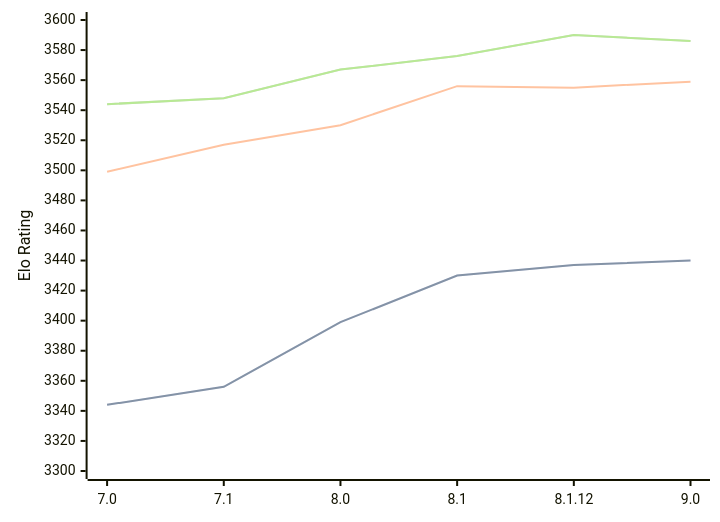
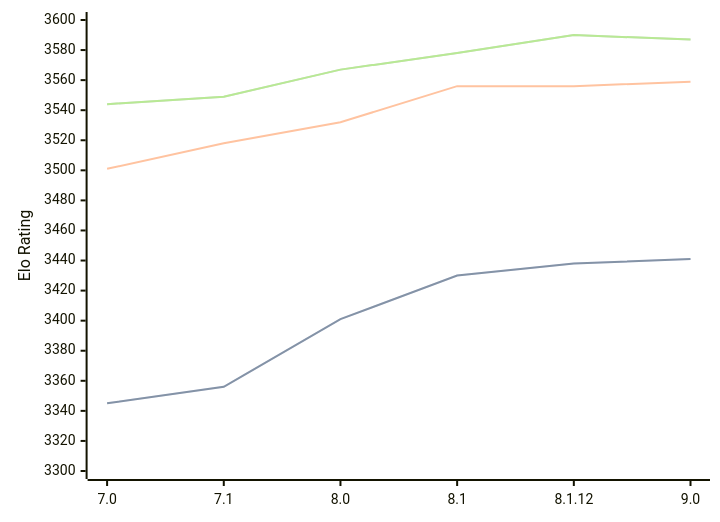
One commit to computer-chess-index/cci changed the diagram in engines/Alexandria.md. Above: the diagram before and after it, drawn with Mermaid. The commit also changed other lines of this file, not shown here.

Commit message:
Update CCI Ratings (ELO VLTC) - 2026-09-27

````diff
--- a/engines/Alexandria.md
+++ b/engines/Alexandria.md
@@ -36,11 +36,11 @@
 ```mermaid
 %%{init: {"theme":"base","themeVariables":{"seriesColors:['#a3a3a3','#222221','#faa371']}}}%%
 xychart-beta
   x-axis ["7.0", "7.1", "8.0", "8.1", "8.1.12", "9.0"]
   y-axis "Elo Rating" 3300 --> 3600
-  line "" [3344, 3356, 3399, 3430, 3437, 3440]
-  line "STC (8.0+0.08s)" [3344, 3356, 3399, 3430, 3437, 3440]
-  line "LTC (60.0+0.60s)" [3499, 3517, 3530, 3556, 3555, 3559]
-  line "" [3544, 3548, 3567, 3576, 3590, 3586]
-  line "VLTC (2m24s+1.12s)" [3544, 3548, 3567, 3576, 3590, 3586]
+  line "" [3345, 3356, 3401, 3430, 3438, 3441]
+  line "STC (8.0+0.08s)" [3345, 3356, 3401, 3430, 3438, 3441]
+  line "LTC (60.0+0.60s)" [3501, 3518, 3532, 3556, 3556, 3559]
+  line "" [3544, 3549, 3567, 3578, 3590, 3587]
+  line "VLTC (2m24s+1.12s)" [3544, 3549, 3567, 3578, 3590, 3587]
 ```
````
